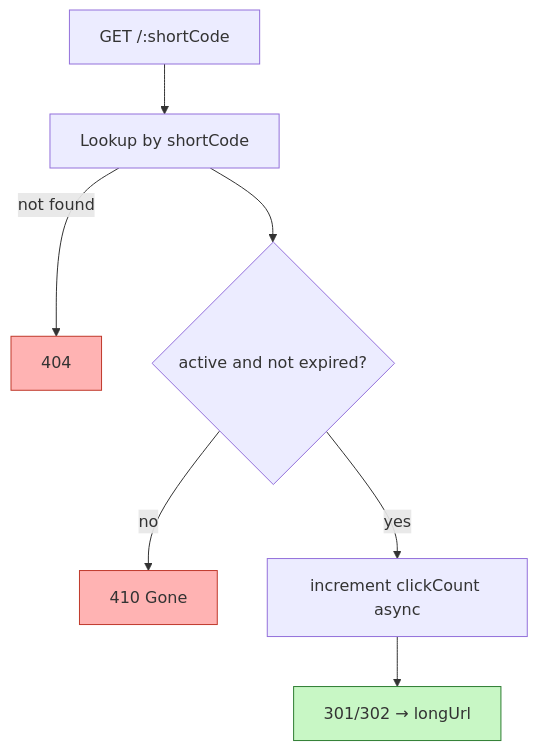
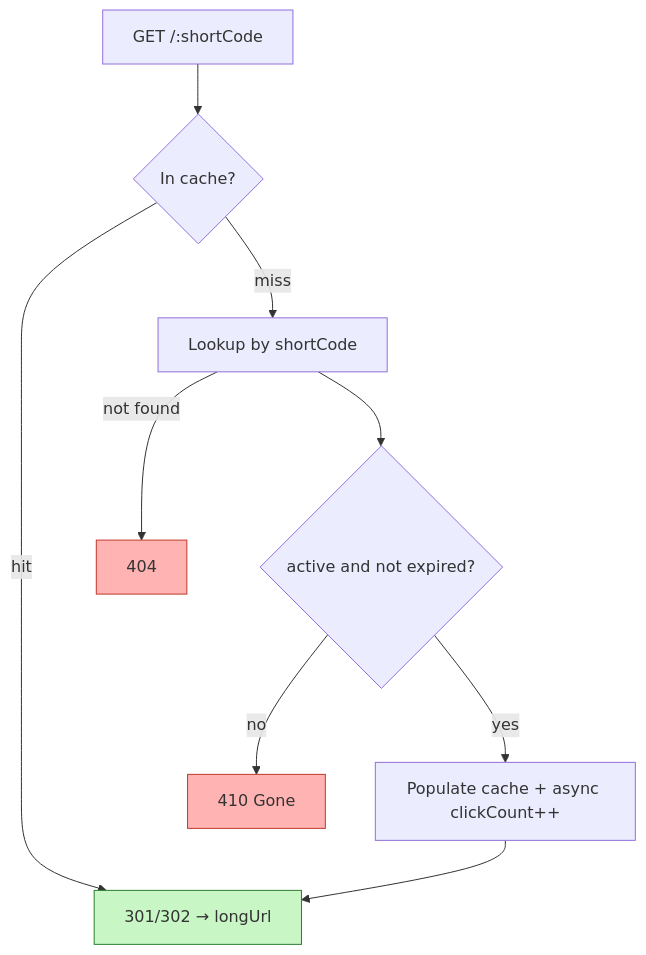
The third of 3 diagrams in 06-basic-level-system-design-problems/04-url-shortener-schema.md (ravics09/system-design-pro), drawn with Mermaid before and after one commit. The commit also changed other lines of this file and 5 other files, not shown here.

````diff
--- a/06-basic-level-system-design-problems/04-url-shortener-schema.md
+++ b/06-basic-level-system-design-problems/04-url-shortener-schema.md
@@ -141,12 +158,14 @@
 ```mermaid
 flowchart TD
-    A["GET /:shortCode"] --> B[Lookup by shortCode]
+    A["GET /:shortCode"] --> Cache{In cache?}
+    Cache -->|hit| F[301/302 → longUrl]
+    Cache -->|miss| B[Lookup by shortCode]
     B -->|not found| E[404]
     B --> C{active and not expired?}
     C -->|no| G[410 Gone]
-    C -->|yes| D[increment clickCount async]
-    D --> F[301/302 → longUrl]
+    C -->|yes| P[Populate cache + async clickCount++]
+    P --> F
     style E fill:#ffb3b3,stroke:#c0392b
     style G fill:#ffb3b3,stroke:#c0392b
     style F fill:#c8f7c5,stroke:#2e7d32
 ```
````
